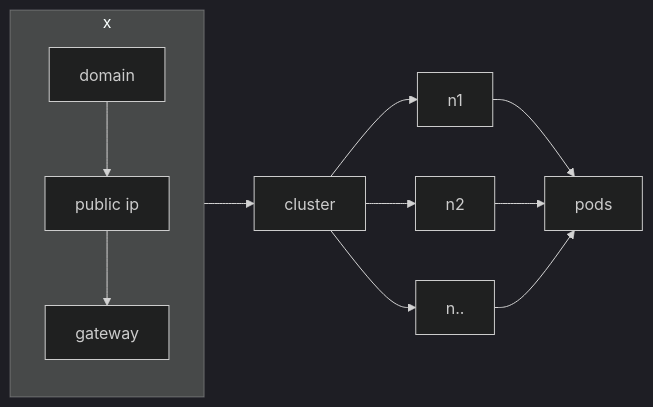
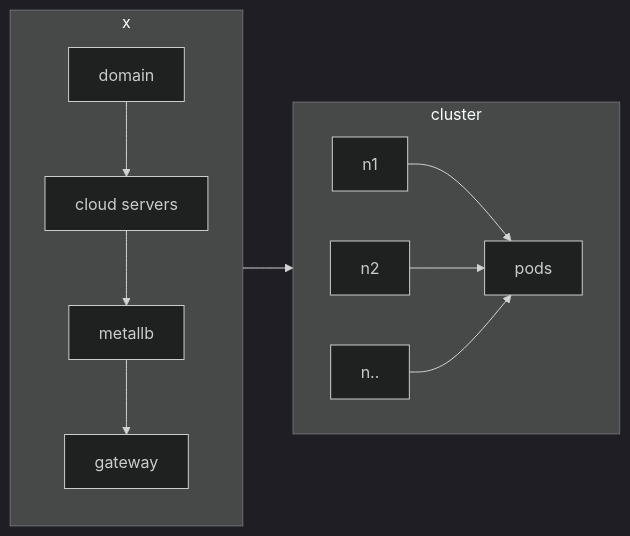
Before and after one commit to chanchan098/Docs: the second of 3 diagrams in operation/0-to-public-net-single-cluster.md, drawn with Mermaid (dark theme). The commit also changed other lines of this file and 14 other files, not shown here.

````diff
--- a/operation/0-to-public-net-single-cluster.md
+++ b/operation/0-to-public-net-single-cluster.md
@@ -14,9 +18,13 @@
 ```mermaid
 flowchart  LR
     subgraph x
         direction TB
-        domain --> 1[public ip] --> gateway
+        domain --> 1[cloud servers] --> metallb --> gateway
     end
-    x --> cluster --> n1 & n2 & n.. --> pods
+    subgraph cluster
+        direction LR
+        n1 & n2 & n.. --> pods
+    end
+    x --> cluster
 
 ```
````
